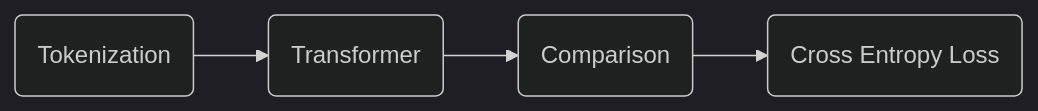
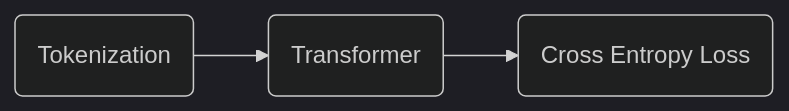
Before and after one commit to ChrisZhu2050/chriszhu2050.github.io: diagram 16 of 22 in index.md, drawn with Mermaid (dark theme). The commit also changed other lines of this file, not shown here.

````diff
--- a/index.md
+++ b/index.md
@@ -471,4 +471,4 @@
   ```mermaid
         graph LR
-            A("`Tokenization`") --> D("`Transformer`") --> B(Comparison) --> I("`Cross Entropy Loss`") 
+            A("`Tokenization`") --> D("`Transformer`") --> I("`Cross Entropy Loss`") 
   ```
````
